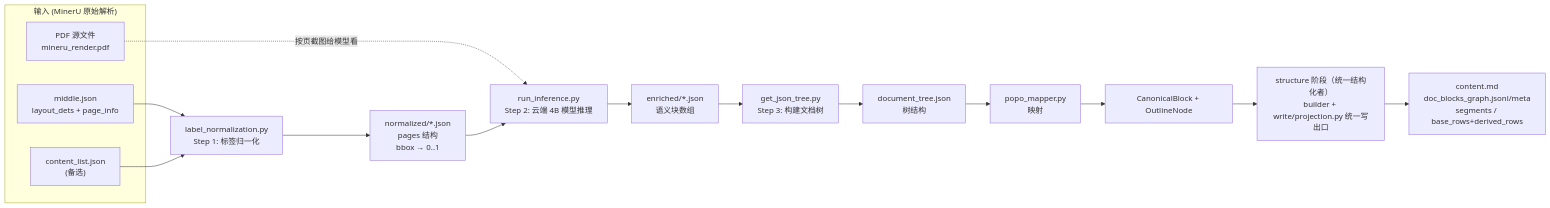
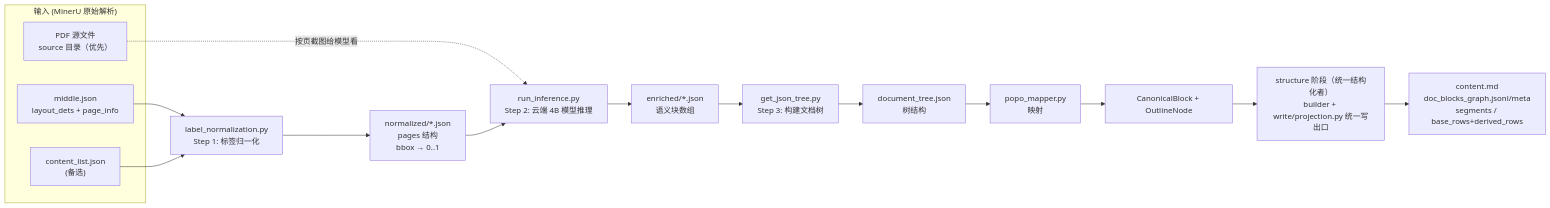
One commit to 0mao0/AnGIneer changed the first of 4 diagrams in docs/popo-pipeline.md. Above: the diagram before and after it, drawn with Mermaid. The commit also changed other lines of this file and 8 other files, not shown here.

````diff
--- a/docs/popo-pipeline.md
+++ b/docs/popo-pipeline.md
@@ -8,23 +8,23 @@
 ```mermaid
 flowchart LR
     subgraph INPUT["输入 (MinerU 原始解析)"]
         A1["middle.json<br/>layout_dets + page_info"]
         A2["content_list.json<br/>(备选)"]
-        A3["PDF 源文件<br/>mineru_render.pdf"]
+        A3["PDF 源文件<br/>source 目录（优先）"]
     end
 
     A1 --> B["label_normalization.py<br/>Step 1: 标签归一化"]
     A2 --> B
     A3 -.按页截图给模型看.-> D
 
     B --> C["normalized/*.json<br/>pages 结构<br/>bbox → 0..1"]
     C --> D["run_inference.py<br/>Step 2: 云端 4B 模型推理"]
     D --> E["enriched/*.json<br/>语义块数组"]
     E --> F["get_json_tree.py<br/>Step 3: 构建文档树"]
     F --> G["document_tree.json<br/>树结构"]
 
     G --> H["popo_mapper.py<br/>映射"]
     H --> I["CanonicalBlock + OutlineNode"]
     I --> J["structure 阶段（统一结构化者）<br/>builder + write/projection.py 统一写出口"]
     J --> K["content.md<br/>doc_blocks_graph.jsonl/meta<br/>segments / base_rows+derived_rows"]
 ```
````
